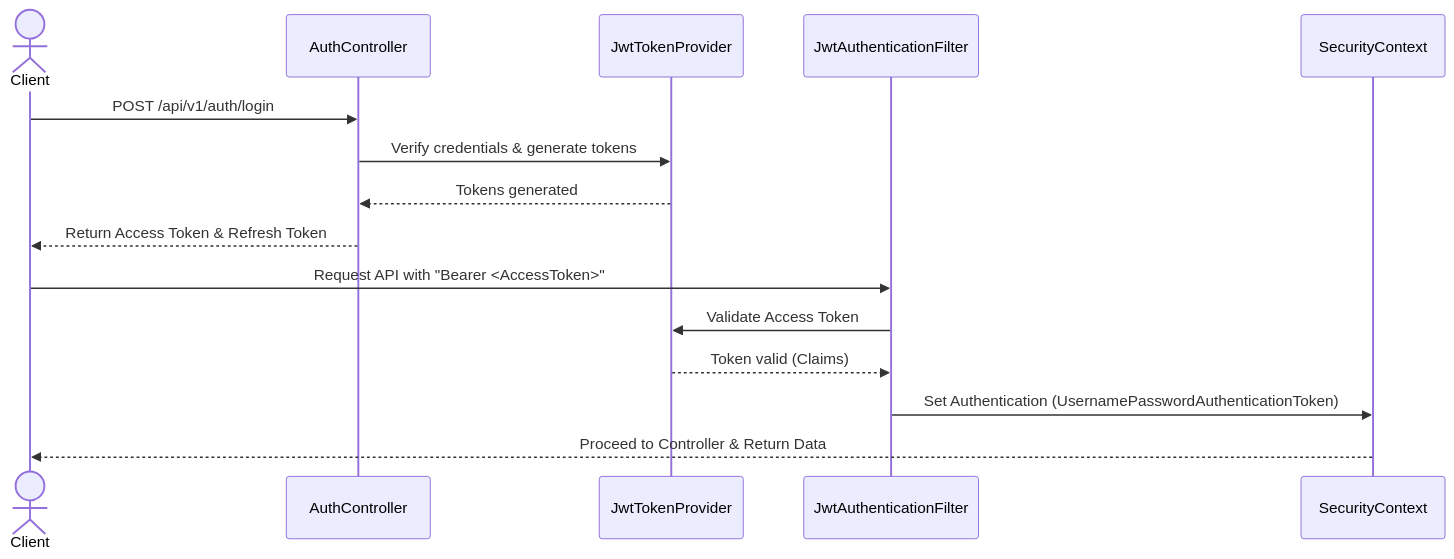
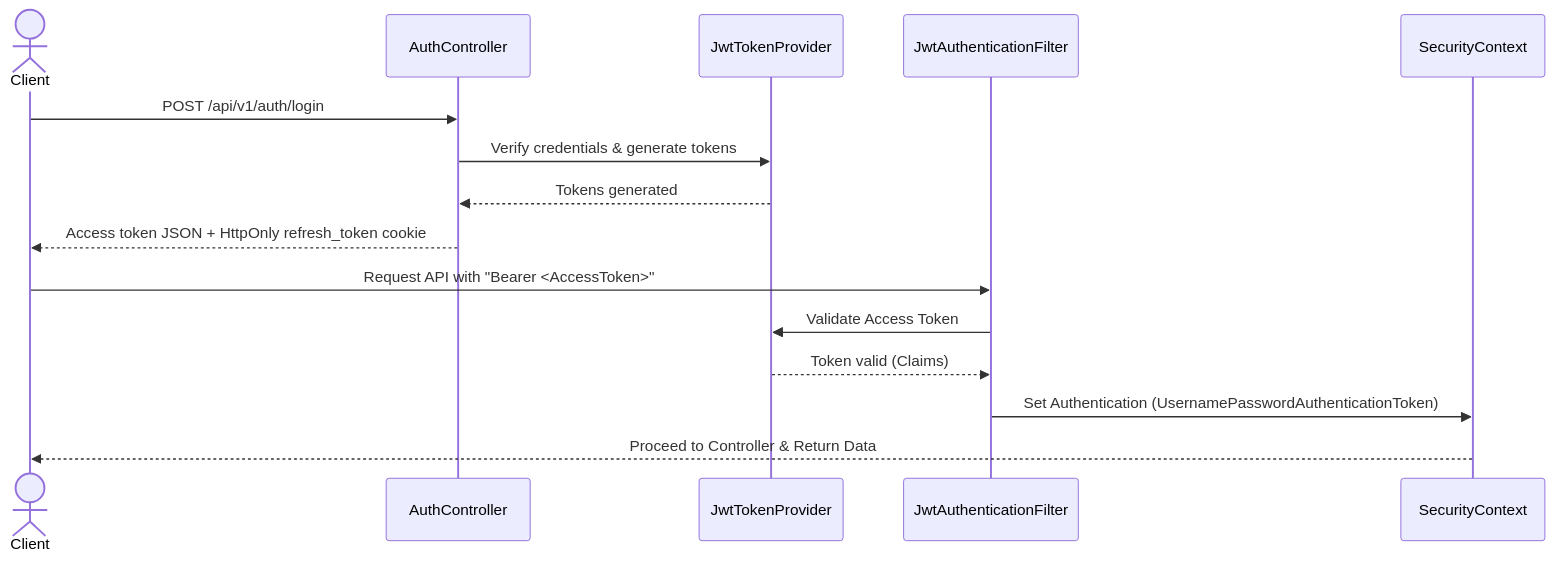
The fourth of 4 diagrams in README.md (TrinhDacNhatMinh/payment-system-backend), drawn with Mermaid before and after one commit. The commit also changed other lines of this file and 11 other files, not shown here.

Commit message:
feat(auth): move refresh tokens to HttpOnly cookies

````diff
--- a/README.md
+++ b/README.md
@@ -248,18 +272,18 @@
 ```mermaid
 sequenceDiagram
     actor Client
     participant Controller as AuthController
     participant Provider as JwtTokenProvider
     participant Filter as JwtAuthenticationFilter
     participant Context as SecurityContext
 
     Client->>Controller: POST /api/v1/auth/login
     Controller->>Provider: Verify credentials & generate tokens
     Provider-->>Controller: Tokens generated
-    Controller-->>Client: Return Access Token & Refresh Token
+    Controller-->>Client: Access token JSON + HttpOnly refresh_token cookie
     Client->>Filter: Request API with "Bearer <AccessToken>"
     Filter->>Provider: Validate Access Token
     Provider-->>Filter: Token valid (Claims)
     Filter->>Context: Set Authentication (UsernamePasswordAuthenticationToken)
     Context-->>Client: Proceed to Controller & Return Data
 ```
````
